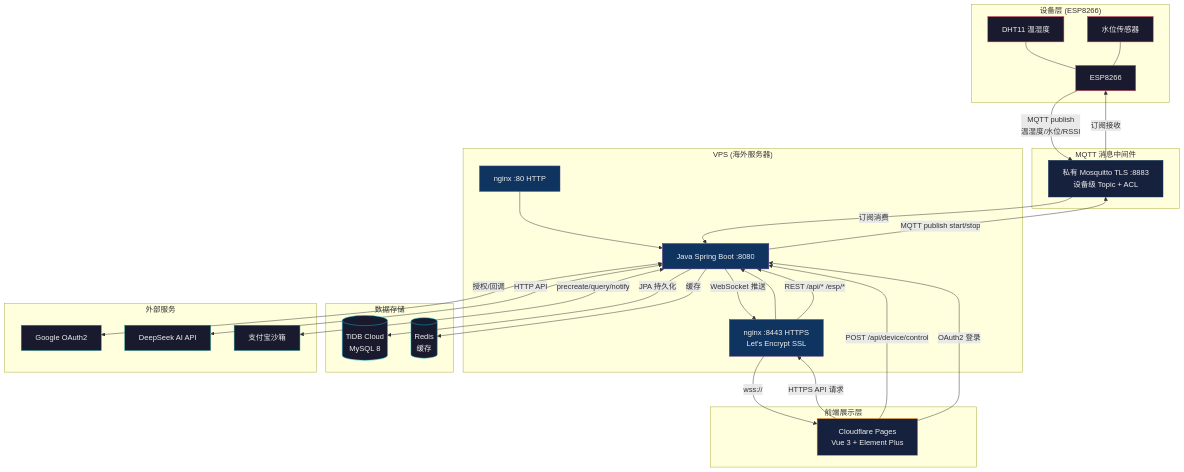
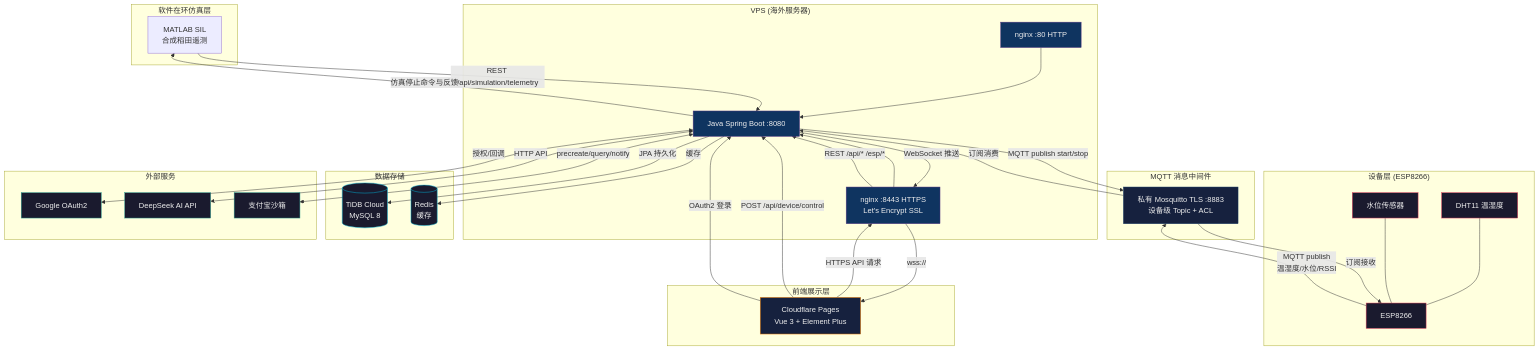
Before and after one commit to gzxxxxxx178-ship-it/Iot: the diagram in CLAUDE.project.md, drawn with Mermaid. The commit also changed other lines of this file and 3 other files, not shown here.

````diff
--- a/CLAUDE.project.md
+++ b/CLAUDE.project.md
@@ -7,5 +7,8 @@
 ```mermaid
 graph TB
+    subgraph Simulation["软件在环仿真层"]
+        MATLAB["MATLAB SIL<br/>合成稻田遥测"]
+    end
     subgraph Device["设备层 (ESP8266)"]
         ESP[ESP8266]
         DHT[DHT11 温湿度]
@@ -47,6 +50,10 @@
     JAVA -->|"JPA 持久化"| TIDB
     JAVA -->|"缓存"| REDIS
 
+    %% 仿真验证流（与真实设备MQTT链路隔离）
+    MATLAB -->|"REST /api/simulation/telemetry"| JAVA
+    JAVA -->|"仿真停止命令与反馈"| MATLAB
+
     %% 实时推送流
     JAVA -->|"WebSocket 推送"| NGINX8443
     NGINX8443 -->|"wss://"| CF
````
